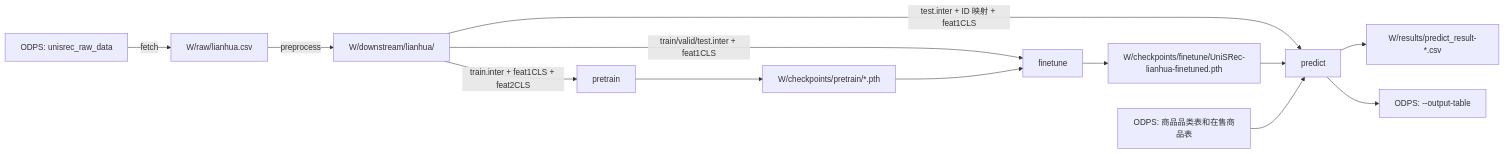
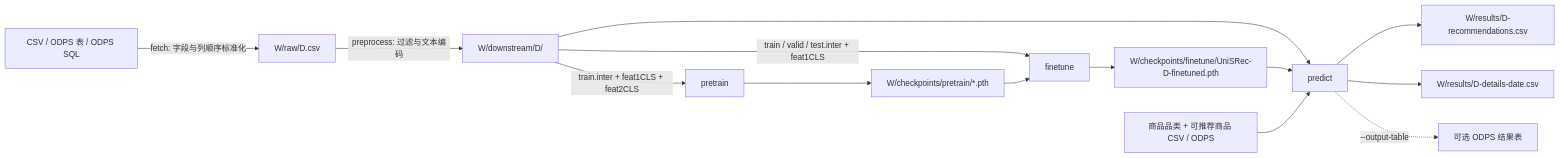
The diagram in README.md (Guozisong/Unisrec_1), drawn with Mermaid before and after one commit. The commit also changed other lines of this file and 22 other files, not shown here.

Commit message:
Generalize UniSRec pipeline inputs and outputs

````diff
--- a/README.md
+++ b/README.md
@@ -51,15 +100,16 @@
 ```mermaid
 flowchart LR
-    A[ODPS: unisrec_raw_data] -->|fetch| B[W/raw/lianhua.csv]
-    B -->|preprocess| C[W/downstream/lianhua/]
-    C -->|train.inter + feat1CLS + feat2CLS| D[pretrain]
-    D --> E[W/checkpoints/pretrain/*.pth]
-    C -->|train/valid/test.inter + feat1CLS| F[finetune]
-    E --> F
-    F --> G[W/checkpoints/finetune/UniSRec-lianhua-finetuned.pth]
-    C -->|test.inter + ID 映射 + feat1CLS| H[predict]
-    G --> H
-    I[ODPS: 商品品类表和在售商品表] --> H
-    H --> J[W/results/predict_result-*.csv]
-    H --> K[ODPS: --output-table]
+    A[CSV / ODPS 表 / ODPS SQL] -->|fetch: 字段与列顺序标准化| B[W/raw/D.csv]
+    B -->|preprocess: 过滤与文本编码| C[W/downstream/D/]
+    C -->|train.inter + feat1CLS + feat2CLS| P[pretrain]
+    P --> X[W/checkpoints/pretrain/*.pth]
+    C -->|train / valid / test.inter + feat1CLS| F[finetune]
+    X --> F
+    F --> Y[W/checkpoints/finetune/UniSRec-D-finetuned.pth]
+    C --> R[predict]
+    Y --> R
+    M[商品品类 + 可推荐商品 CSV / ODPS] --> R
+    R --> Z[W/results/D-recommendations.csv]
+    R --> Q[W/results/D-details-date.csv]
+    R -. --output-table .-> O[可选 ODPS 结果表]
 ```
````
